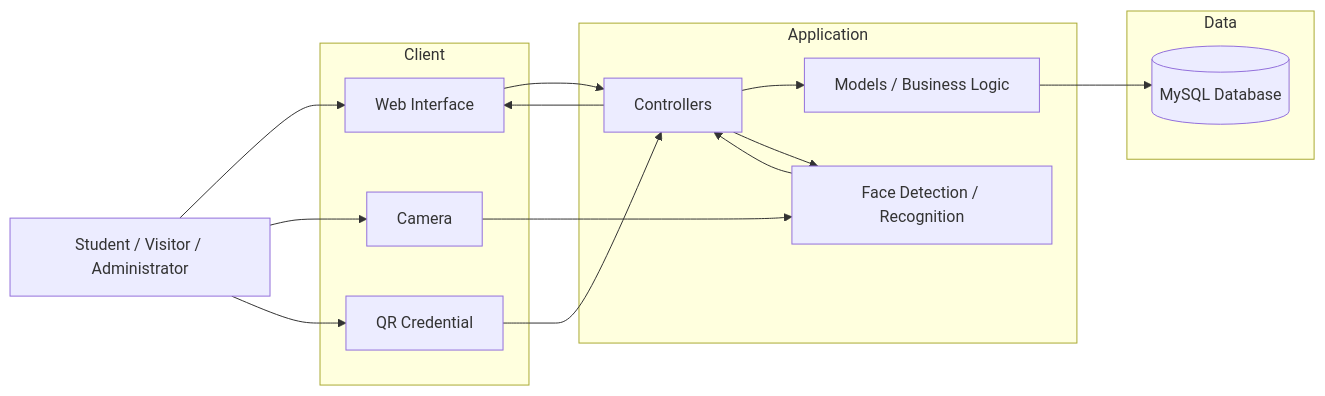
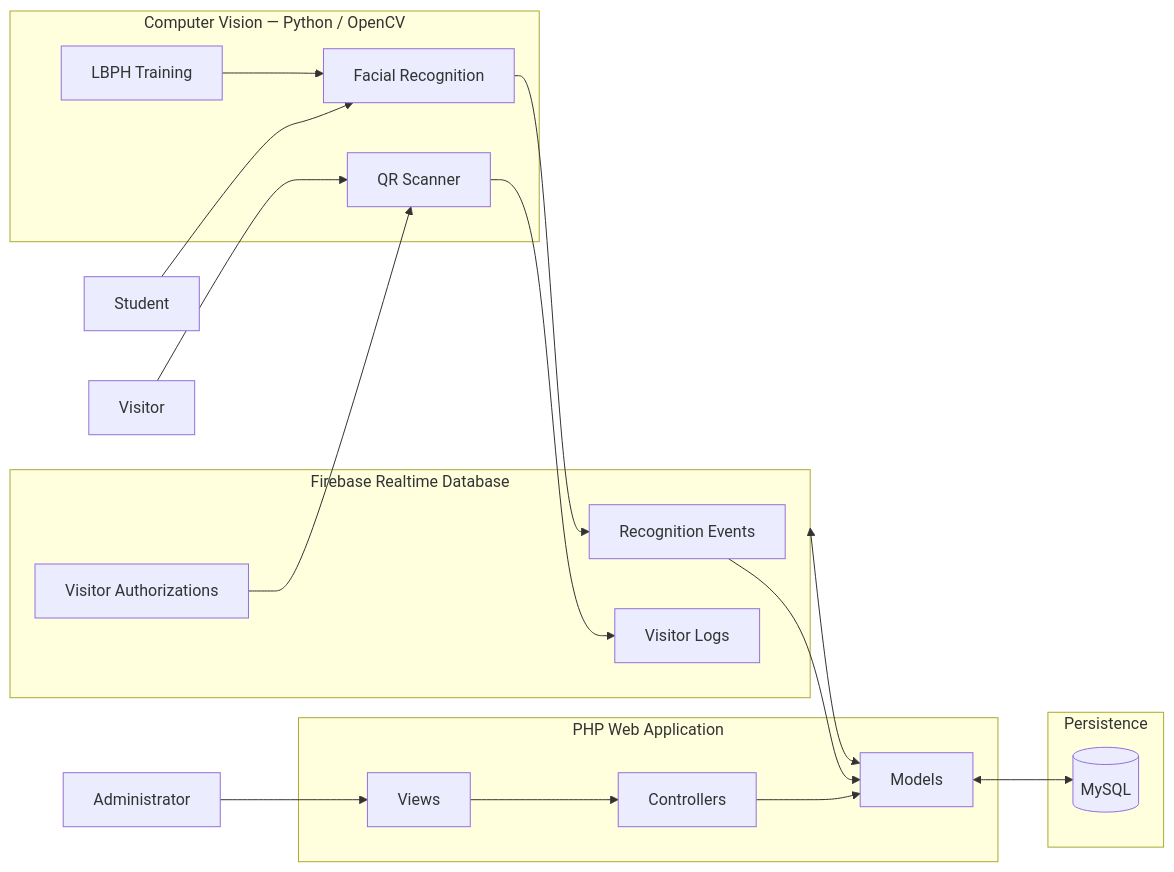
One commit to iAntonAMC/SIVAL2.0 changed the first of 3 diagrams in README.md. Above: the diagram before and after it, drawn with Mermaid. The commit also changed other lines of this file, not shown here.

````diff
--- a/README.md
+++ b/README.md
@@ -58,36 +76,45 @@
 ```mermaid
 flowchart LR
-    U[Student / Visitor / Administrator]
+    Student[Student]
+    Visitor[Visitor]
+    Admin[Administrator]
 
-    subgraph Client
-        V[Web Interface]
-        CAM[Camera]
-        QR[QR Credential]
+    subgraph CV["Computer Vision — Python / OpenCV"]
+        Face[Facial Recognition]
+        QR[QR Scanner]
+        Train[LBPH Training]
     end
 
-    subgraph Application
-        C[Controllers]
-        M[Models / Business Logic]
-        FD[Face Detection / Recognition]
+    subgraph Firebase["Firebase Realtime Database"]
+        RecData[Recognition Events]
+        Visitors[Visitor Authorizations]
+        Logs[Visitor Logs]
     end
 
-    subgraph Data
-        DB[(MySQL Database)]
+    subgraph Web["PHP Web Application"]
+        Views[Views]
+        Controllers[Controllers]
+        Models[Models]
     end
 
-    U --> V
-    U --> CAM
-    U --> QR
+    subgraph Persistence
+        MySQL[(MySQL)]
+    end
 
-    V --> C
-    CAM --> FD
-    QR --> C
+    Student --> Face
+    Train --> Face
+    Face --> RecData
 
-    C --> M
-    C --> FD
+    Visitor --> QR
+    Visitors --> QR
+    QR --> Logs
 
-    M --> DB
-    FD --> C
+    Admin --> Views
+    Views --> Controllers
+    Controllers --> Models
 
-    C --> V
+    Models <--> Firebase
+    Models <--> MySQL
+
+    RecData --> Models
 ```
````
